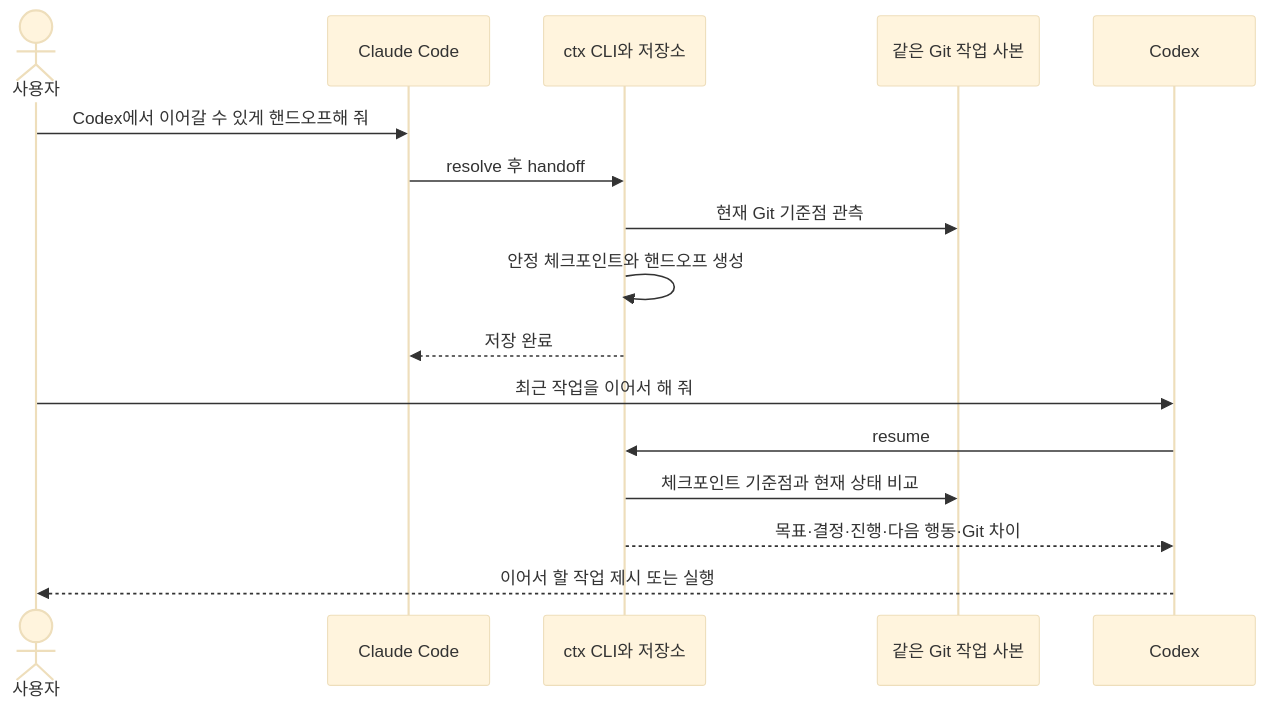
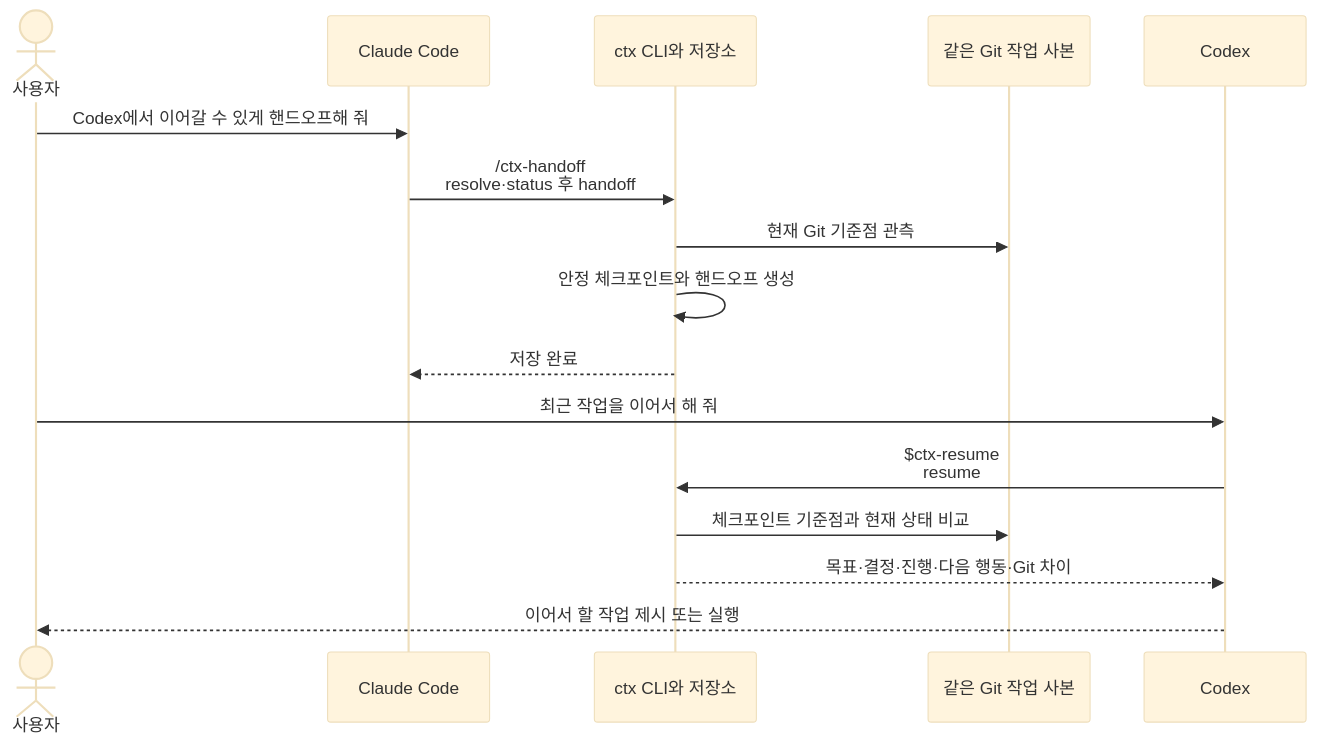
Before and after one commit to robinjoon/ai-kit: the third of 7 diagrams in docs/user-scenarios.md, drawn with Mermaid (base theme). The commit also changed other lines of this file and 11 other files, not shown here.

````diff
--- a/docs/user-scenarios.md
+++ b/docs/user-scenarios.md
@@ -70,20 +72,20 @@
 ```mermaid
 sequenceDiagram
     actor User as 사용자
     participant Claude as Claude Code
     participant Ctx as ctx CLI와 저장소
     participant Git as 같은 Git 작업 사본
     participant Codex as Codex
 
     User->>Claude: Codex에서 이어갈 수 있게 핸드오프해 줘
-    Claude->>Ctx: resolve 후 handoff
+    Claude->>Ctx: /ctx-handoff<br/>resolve·status 후 handoff
     Ctx->>Git: 현재 Git 기준점 관측
     Ctx->>Ctx: 안정 체크포인트와 핸드오프 생성
     Ctx-->>Claude: 저장 완료
 
     User->>Codex: 최근 작업을 이어서 해 줘
-    Codex->>Ctx: resume
+    Codex->>Ctx: $ctx-resume<br/>resume
     Ctx->>Git: 체크포인트 기준점과 현재 상태 비교
     Ctx-->>Codex: 목표·결정·진행·다음 행동·Git 차이
     Codex-->>User: 이어서 할 작업 제시 또는 실행
 ```
````
